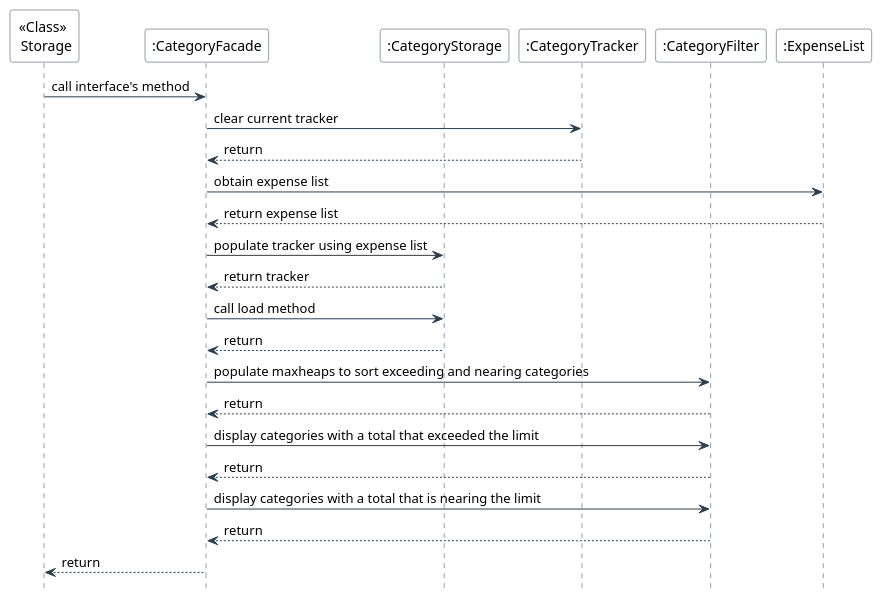
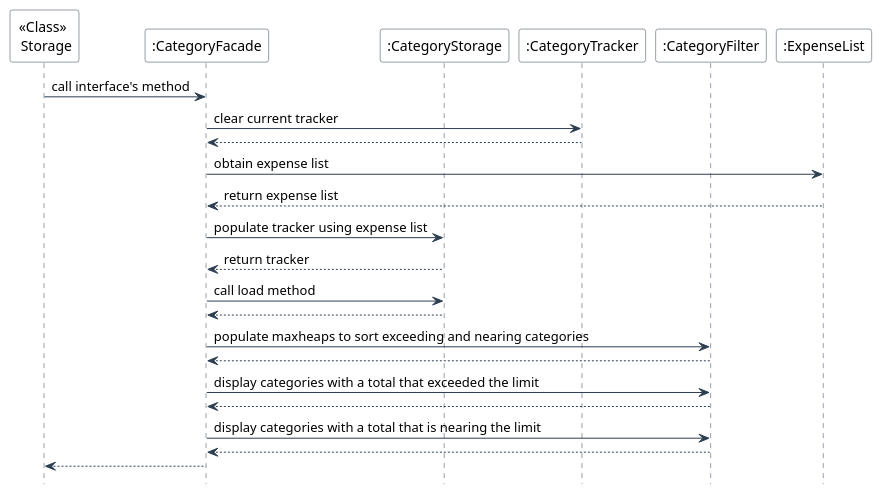
One commit to nus-cs2113-AY2425S1/tp changed the diagram in docs/diagrams/plantuml/CategoryFacade Load SequenceUML.puml. Above: the diagram before and after it, drawn with PlantUML. The commit also changed 11 other files, not shown here.

Commit message:
Simplify sequence diagram

```diff
--- a/docs/diagrams/plantuml/CategoryFacade Load SequenceUML.puml
+++ b/docs/diagrams/plantuml/CategoryFacade Load SequenceUML.puml
@@ -1,35 +1,35 @@
 @startuml
 skinparam backgroundColor #FFFFFF
 skinparam sequence {
     ArrowColor #2C3E50
     LifeLineBorderColor #2C3E50
     ParticipantBorderColor #2C3E50
     ParticipantBackgroundColor #FFFFFF
 }
 hide footbox
 
 participant "<<Class>> \n Storage" as S
 participant ":CategoryFacade" as CF
 participant ":CategoryStorage" as CS
 participant ":CategoryTracker" as CT
 participant ":CategoryFilter" as CFilt
 participant ":ExpenseList" as EL
 
 S -> CF: call interface's method
 CF -> CT: clear current tracker
-CT --> CF: return
+CT --> CF:
 CF -> EL: obtain expense list
 EL --> CF: return expense list
 CF -> CS: populate tracker using expense list
 CS --> CF: return tracker
 CF -> CS: call load method
-CS --> CF: return
+CS --> CF:
 CF -> CFilt: populate maxheaps to sort exceeding and nearing categories
-CFilt --> CF: return
+CFilt --> CF:
 CF -> CFilt: display categories with a total that exceeded the limit
-CFilt --> CF: return
+CFilt --> CF:
 CF -> CFilt: display categories with a total that is nearing the limit
-CFilt --> CF: return
-CF --> S: return
+CFilt --> CF:
+CF --> S:
 
 @enduml
```
